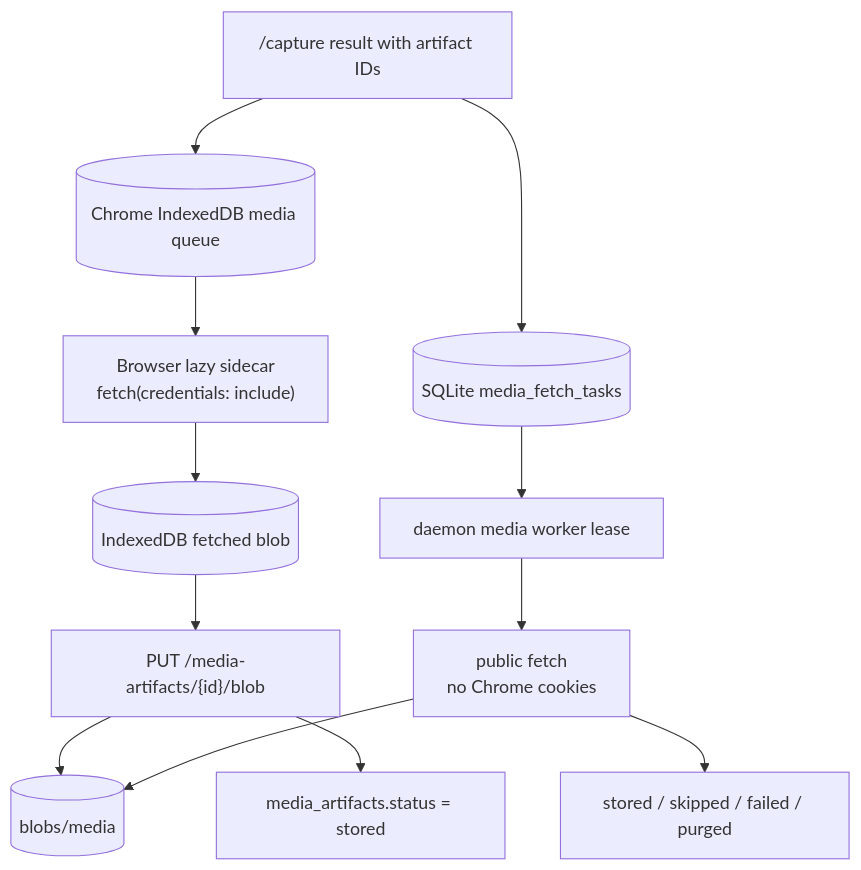
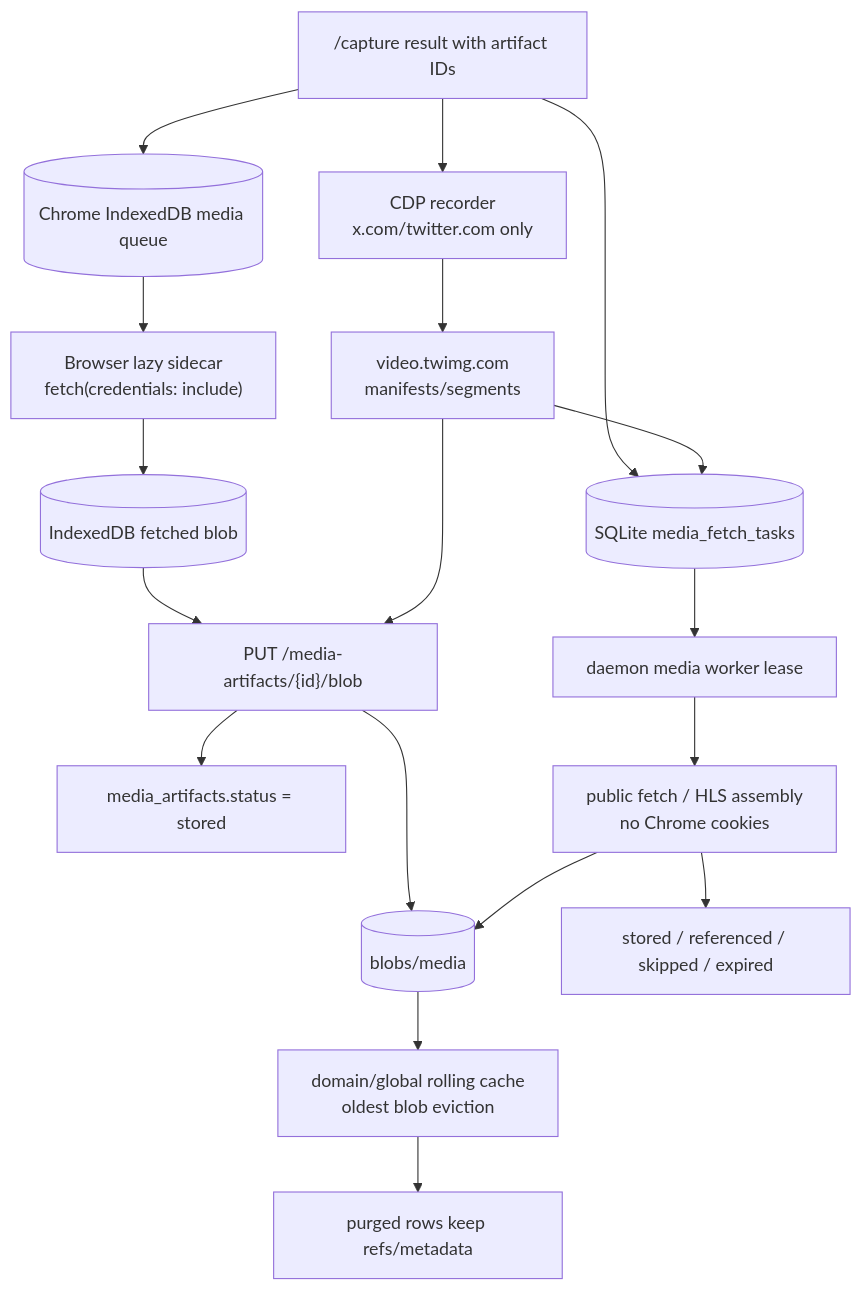
The fifth of 9 diagrams in docs/DIAGRAMS.md (michaelnicks0/browser-memory-daemon), drawn with Mermaid before and after one commit. The commit also changed 14 other files, not shown here.

````diff
--- a/docs/DIAGRAMS.md
+++ b/docs/DIAGRAMS.md
@@ -105,16 +105,24 @@
 ```mermaid
 flowchart TB
   Capture["/capture result with artifact IDs"] --> BrowserQueue[(Chrome IndexedDB media queue)]
   Capture --> DaemonTasks[(SQLite media_fetch_tasks)]
+  Capture --> CDP["CDP recorder<br/>x.com/twitter.com only"]
 
   BrowserQueue --> BrowserFetch["Browser lazy sidecar<br/>fetch(credentials: include)"]
   BrowserFetch --> BrowserBlob[(IndexedDB fetched blob)]
   BrowserBlob --> RawPut["PUT /media-artifacts/{id}/blob"]
   RawPut --> MediaBlobs[(blobs/media)]
   RawPut --> ArtifactStored["media_artifacts.status = stored"]
 
+  CDP --> CdpRows["video.twimg.com<br/>manifests/segments"]
+  CdpRows --> RawPut
+  CdpRows --> DaemonTasks
+
   DaemonTasks --> Lease["daemon media worker lease"]
-  Lease --> PublicFetch["public fetch<br/>no Chrome cookies"]
+  Lease --> PublicFetch["public fetch / HLS assembly<br/>no Chrome cookies"]
   PublicFetch --> MediaBlobs
-  PublicFetch --> Terminal["stored / skipped / failed / purged"]
+  PublicFetch --> Terminal["stored / referenced / skipped / expired"]
+
+  MediaBlobs --> Rolling["domain/global rolling cache<br/>oldest blob eviction"]
+  Rolling --> Purged["purged rows keep refs/metadata"]
 ```
````
